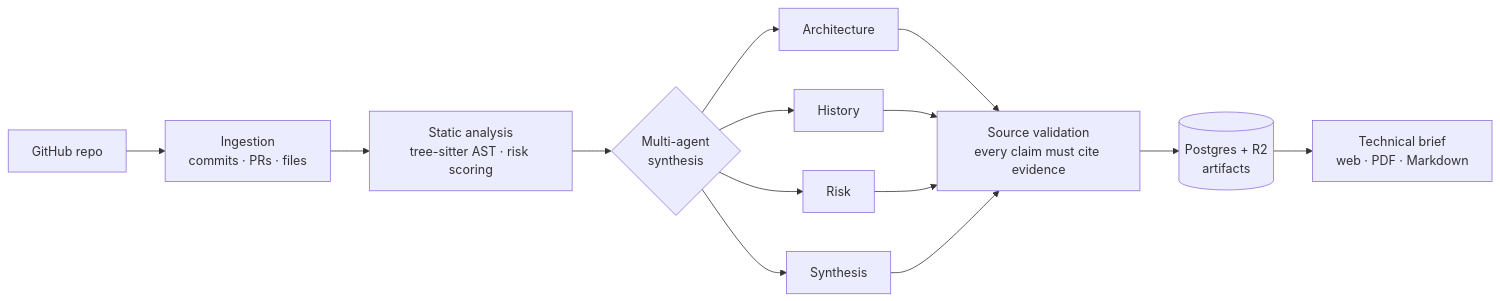
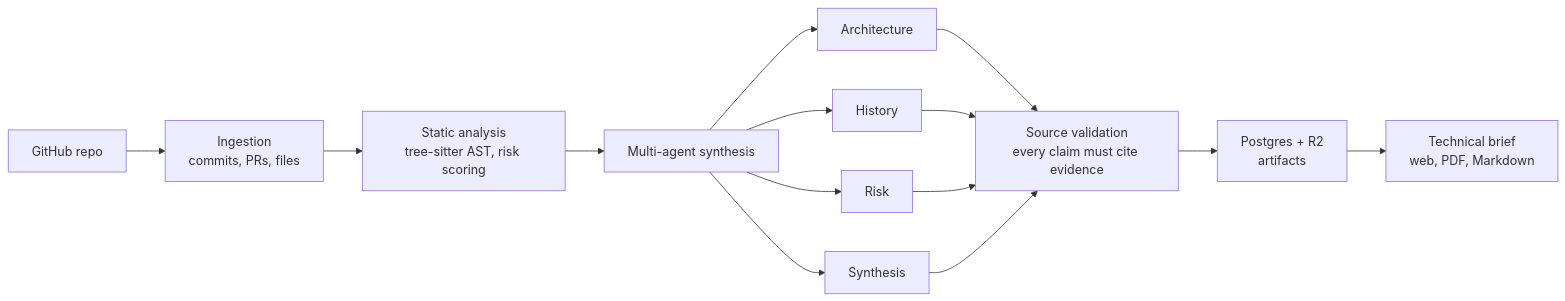
Before and after one commit to sx4im/codebrief: the diagram in README.md, drawn with Mermaid. The commit also changed other lines of this file and 1 other file, not shown here.

````diff
--- a/README.md
+++ b/README.md
@@ -90,13 +99,16 @@
 ```mermaid
 flowchart LR
-    A[GitHub repo] --> B[Ingestion<br/>commits · PRs · files]
-    B --> C[Static analysis<br/>tree-sitter AST · risk scoring]
-    C --> D{Multi-agent<br/>synthesis}
-    D --> E[Architecture]
-    D --> F[History]
-    D --> G[Risk]
-    D --> H[Synthesis]
-    E & F & G & H --> I[Source validation<br/>every claim must cite evidence]
-    I --> J[(Postgres + R2<br/>artifacts)]
-    J --> K[Technical brief<br/>web · PDF · Markdown]
+    A["GitHub repo"] --> B["Ingestion<br/>commits, PRs, files"]
+    B --> C["Static analysis<br/>tree-sitter AST, risk scoring"]
+    C --> D["Multi-agent synthesis"]
+    D --> E["Architecture"]
+    D --> F["History"]
+    D --> G["Risk"]
+    D --> H["Synthesis"]
+    E --> V["Source validation<br/>every claim must cite evidence"]
+    F --> V
+    G --> V
+    H --> V
+    V --> S["Postgres + R2<br/>artifacts"]
+    S --> O["Technical brief<br/>web, PDF, Markdown"]
 ```
````
